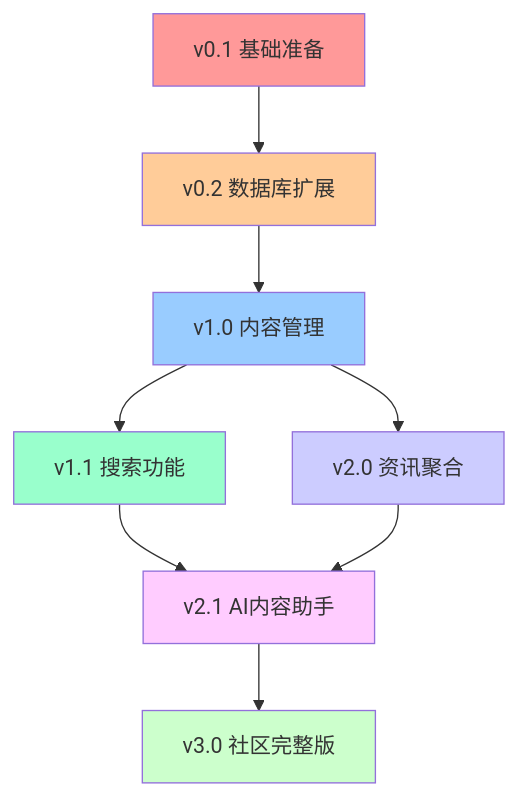
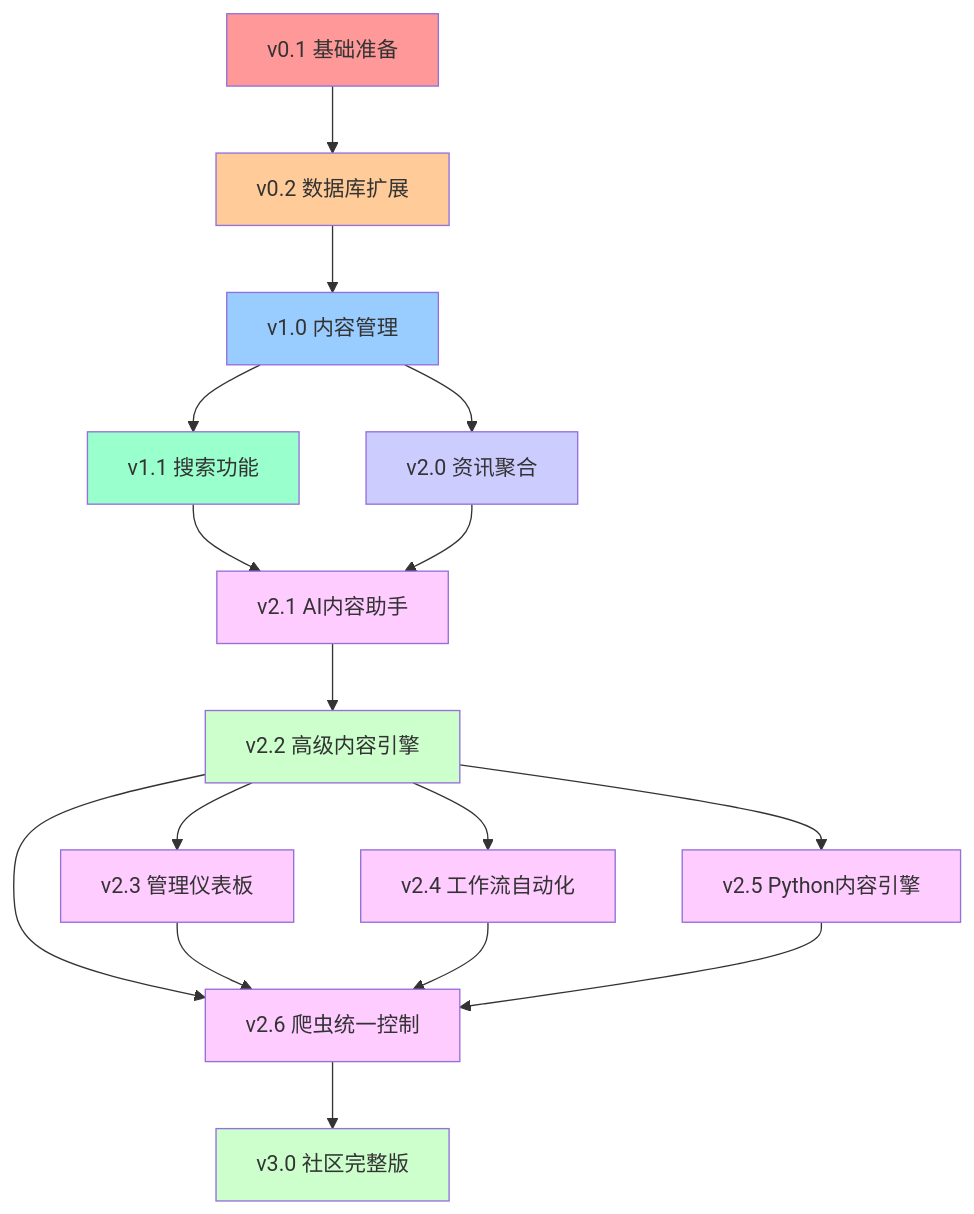
Before and after one commit to netcode001/flux-kontext-template: the diagram in devPlan.md, drawn with Mermaid. The commit also changed other lines of this file, not shown here.

````diff
--- a/devPlan.md
+++ b/devPlan.md
@@ -341,18 +645,31 @@
 ```mermaid
 graph TD
     A[v0.1 基础准备] --> B[v0.2 数据库扩展]
     B --> C[v1.0 内容管理]
     C --> D[v1.1 搜索功能]
     C --> E[v2.0 资讯聚合]
     D --> F[v2.1 AI内容助手]
     E --> F
-    F --> G[v3.0 社区完整版]
+    F --> G[v2.2 高级内容引擎]
+    G --> H[v2.3 管理仪表板]
+    G --> I[v2.4 工作流自动化]
+    G --> J[v2.5 Python内容引擎]
+    G --> K[v2.6 爬虫统一控制]
+    H --> K
+    I --> K
+    J --> K
+    K --> L[v3.0 社区完整版]
     
     style A fill:#ff9999
     style B fill:#ffcc99
     style C fill:#99ccff
     style D fill:#99ffcc
     style E fill:#ccccff
     style F fill:#ffccff
     style G fill:#ccffcc
+    style H fill:#ffccff
+    style I fill:#ffccff
+    style J fill:#ffccff
+    style K fill:#ffccff
+    style L fill:#ccffcc
 ```
````
